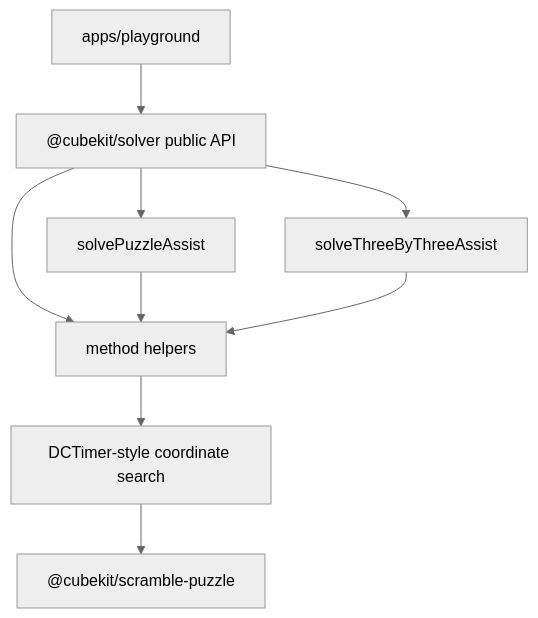
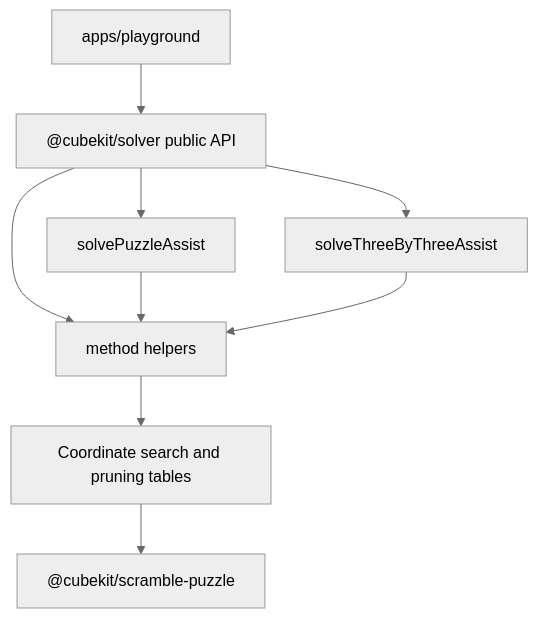
One commit to deweyou/cube-kit changed the diagram in docs/packages/solver/index.md. Above: the diagram before and after it, drawn with Mermaid (neutral theme). The commit also changed other lines of this file and 34 other files, not shown here.

````diff
--- a/docs/packages/solver/index.md
+++ b/docs/packages/solver/index.md
@@ -3,11 +3,11 @@
 ```mermaid
 flowchart TD
     Public["@cubekit/solver public API"] --> Facade["solvePuzzleAssist"]
     Public --> ThreeFacade["solveThreeByThreeAssist"]
     Public --> Methods["method helpers"]
     Facade --> Methods
     ThreeFacade --> Methods
-    Methods --> Search["DCTimer-style coordinate search"]
+    Methods --> Search["Coordinate search and pruning tables"]
     Search --> Puzzle["@cubekit/scramble-puzzle"]
     Playground["apps/playground"] --> Public
 ```
````
